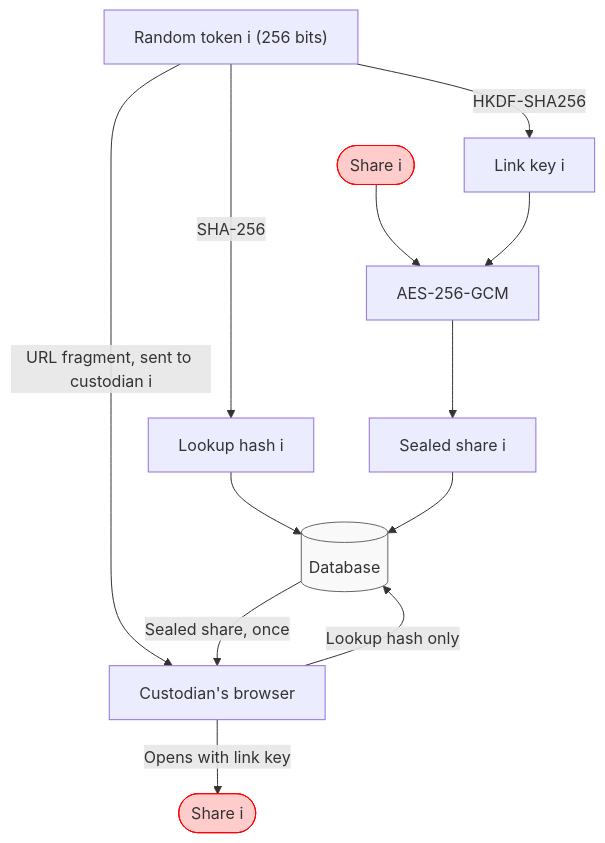
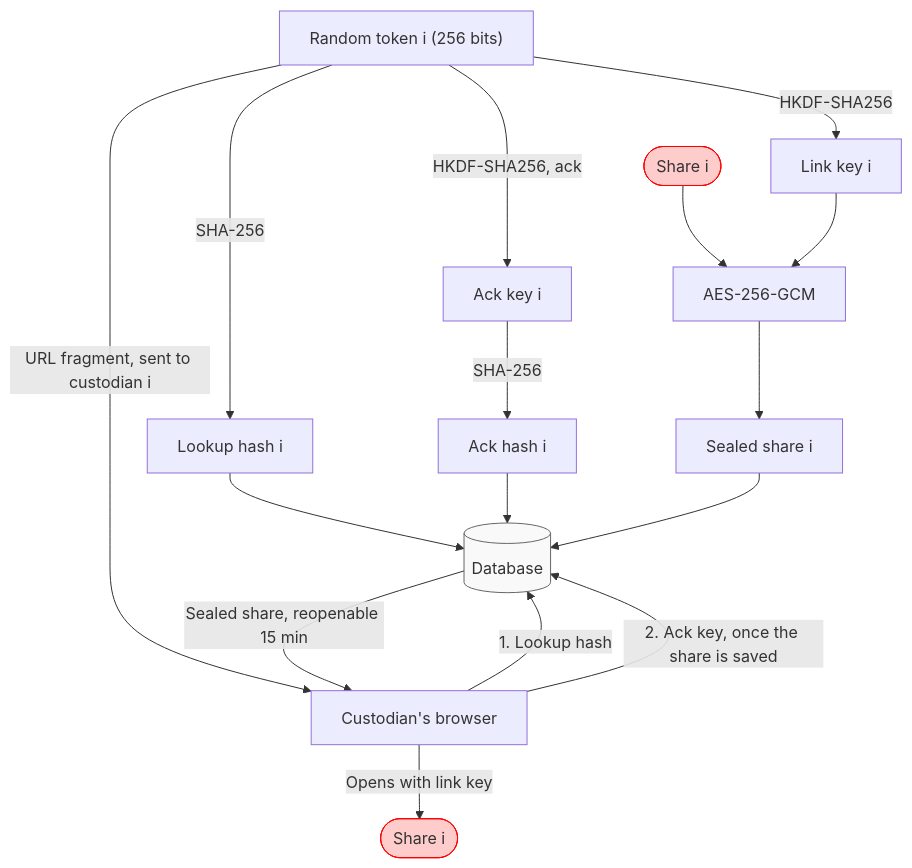
The second of 4 diagrams in CRYPTOGRAPHIC_ARCHITECTURE.md (soma-smart/le-coffre), drawn with Mermaid before and after one commit. The commit also changed other lines of this file and 91 other files, not shown here.

````diff
--- a/CRYPTOGRAPHIC_ARCHITECTURE.md
+++ b/CRYPTOGRAPHIC_ARCHITECTURE.md
@@ -74,19 +90,23 @@
 ```mermaid
 flowchart TD
     classDef sensitive fill:#ffcccc,stroke:#ff0000
     classDef storage fill:#f9f9f9,stroke:#666
 
     S(["Share i"]):::sensitive
     T["Random token i (256 bits)"]
     T -->|SHA-256| LH["Lookup hash i"]
     T -->|HKDF-SHA256| K["Link key i"]
+    T -->|HKDF-SHA256, ack| AK["Ack key i"]
+    AK -->|SHA-256| AH["Ack hash i"]
     S --> E["AES-256-GCM"]
     K --> E
     E --> SS["Sealed share i"]
     LH --> D[(Database)]:::storage
+    AH --> D
     SS --> D
     T -->|"URL fragment, sent to custodian i"| C["Custodian's browser"]
-    C -->|"Lookup hash only"| D
-    D -->|"Sealed share, once"| C
+    C -->|"1. Lookup hash"| D
+    D -->|"Sealed share, reopenable 15 min"| C
     C -->|"Opens with link key"| S2(["Share i"]):::sensitive
+    C -->|"2. Ack key, once the share is saved"| D
 ```
````
